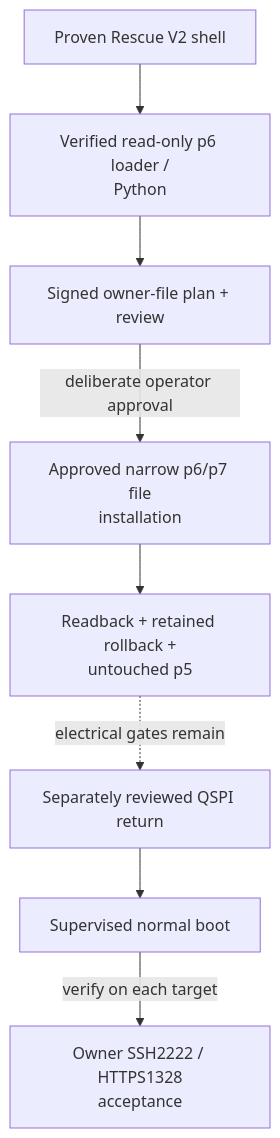
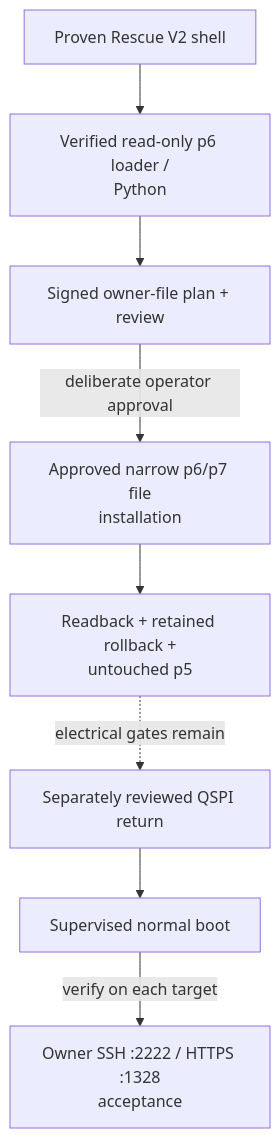
The diagram in docs/figures/06-rescue-normal.mmd (Zimbo88/form3-owner-root-source), drawn with Mermaid before and after one commit. The commit also changed 69 other files, not shown here.

```diff
--- a/docs/figures/06-rescue-normal.mmd
+++ b/docs/figures/06-rescue-normal.mmd
@@ -1,16 +1,16 @@
 flowchart TD
   r["Proven Rescue V2 shell"]
   runtime["Verified read-only p6 loader /<br/>Python"]
   plan["Signed owner-file plan + review"]
   write["Approved narrow p6/p7 file<br/>installation"]
   readback["Readback + retained rollback +<br/>untouched p5"]
   qspi["Separately reviewed QSPI return"]
   normal["Supervised normal boot"]
-  access["Owner SSH2222 / HTTPS1328<br/>acceptance"]
+  access["Owner SSH :2222 / HTTPS :1328<br/>acceptance"]
   r --> runtime
   runtime --> plan
-  plan -->  |"deliberate operator approval"| write
+  plan --> |"deliberate operator approval"| write
   write --> readback
-  readback -.->  |"electrical gates remain"| qspi
+  readback -.-> |"electrical gates remain"| qspi
   qspi --> normal
-  normal -->  |"verify on each target"| access
+  normal --> |"verify on each target"| access
```
